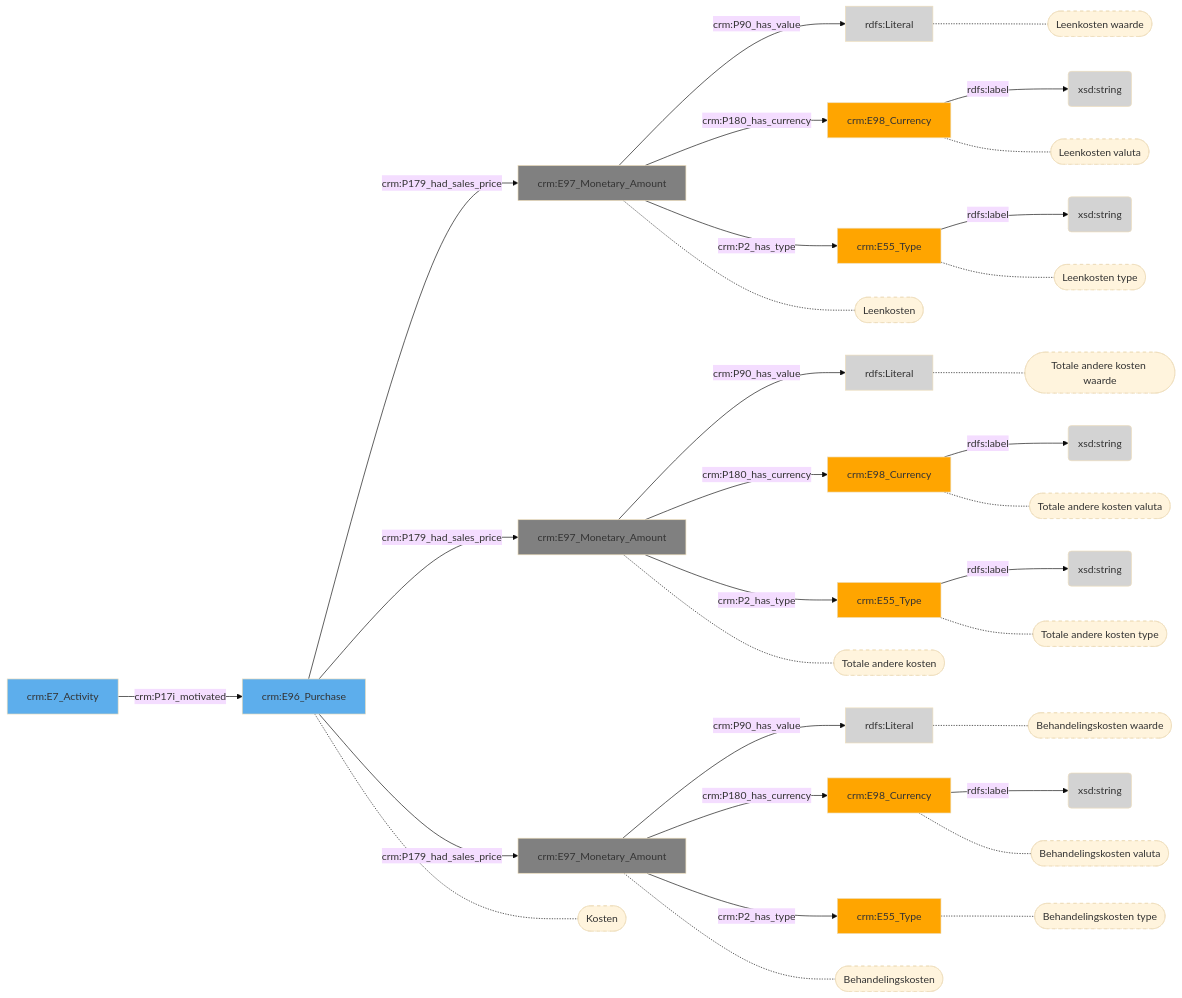
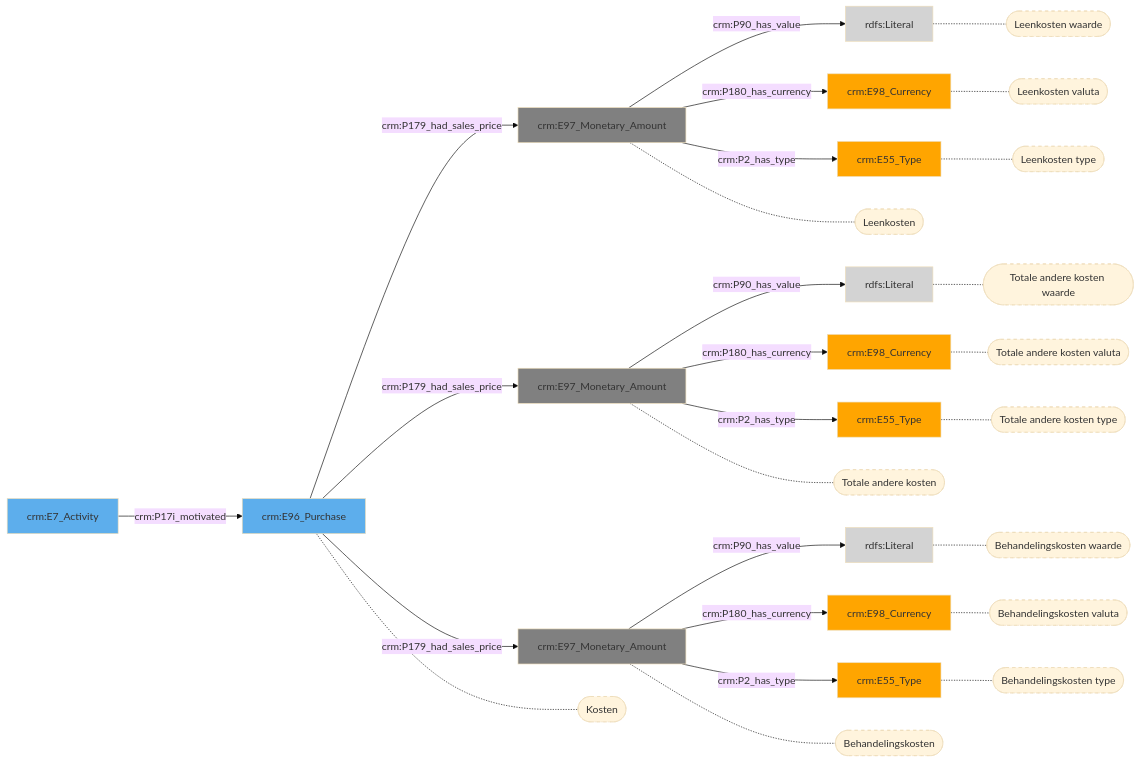
One commit to digipolisantwerpdocumentation/antwerp-cultureel-erfgoed changed the diagram in docs/content/modellen/LoanIn/Kosten.md. Above: the diagram before and after it, drawn with Mermaid (base theme). The commit also changed 170 other files, not shown here.

````diff
--- a/docs/content/modellen/LoanIn/Kosten.md
+++ b/docs/content/modellen/LoanIn/Kosten.md
@@ -1,66 +1,56 @@
 ```mermaid
 graph LR
+style 312ac111-d7b7-11ee-8008-960002548b4f fill:#808080
+style 356208ad-d7b8-11ee-ab26-960002548b4f fill:#808080
+style 53826280-d7b8-11ee-8261-960002548b4f fill:#D3D3D3
+style 6d43b669-d7b8-11ee-a743-960002548b4f fill:#ffa500
+style 6eac09f6-edcd-11ee-ada0-960002548b4f fill:#ffa500
+style 892e123a-edcd-11ee-83ca-960002548b4f fill:#ffa500
+style 9ad2b7d8-d7b7-11ee-aa5b-960002548b4f fill:#D3D3D3
+style a7565018-d7b7-11ee-bc9b-960002548b4f fill:#ffa500
+style aa29c24e-edcd-11ee-99e6-960002548b4f fill:#ffa500
+style c054c98e-cf26-11ee-bf82-960002548b4f fill:#5DAEEC
+style c585cc26-cc05-11ee-876f-960002548b4f fill:#5DAEEC
+style ca450f1b-d7b7-11ee-b164-960002548b4f fill:#808080
+style d7fce329-d7b7-11ee-a8c4-960002548b4f fill:#D3D3D3
+style e8dc46dd-d7b7-11ee-8ef9-960002548b4f fill:#ffa500
 312ac111-d7b7-11ee-8008-960002548b4f["crm:E97_Monetary_Amount"]-->|"crm:P90_has_value"|9ad2b7d8-d7b7-11ee-aa5b-960002548b4f(rdfs:Literal)
 356208ad-d7b8-11ee-ab26-960002548b4f["crm:E97_Monetary_Amount"]-->|"crm:P90_has_value"|53826280-d7b8-11ee-8261-960002548b4f(rdfs:Literal)
-6d43b669-d7b8-11ee-a743-960002548b4f["crm:E98_Currency"]-->|"rdfs:label"|7ca2f809-d7b8-11ee-b148-960002548b4f(xsd:string)
-6eac09f6-edcd-11ee-ada0-960002548b4f["crm:E55_Type"]-->|"rdfs:label"|7cd0bfe8-edcd-11ee-85d6-960002548b4f(xsd:string)
-892e123a-edcd-11ee-83ca-960002548b4f["crm:E55_Type"]-->|"rdfs:label"|9b25cc9c-edcd-11ee-864c-960002548b4f(xsd:string)
-a7565018-d7b7-11ee-bc9b-960002548b4f["crm:E98_Currency"]-->|"rdfs:label"|06854fdf-d7b8-11ee-a8db-960002548b4f(xsd:string)
 ca450f1b-d7b7-11ee-b164-960002548b4f["crm:E97_Monetary_Amount"]-->|"crm:P90_has_value"|d7fce329-d7b7-11ee-a8c4-960002548b4f(rdfs:Literal)
-e8dc46dd-d7b7-11ee-8ef9-960002548b4f["crm:E98_Currency"]-->|"rdfs:label"|f87ac63c-d7b7-11ee-a30a-960002548b4f(xsd:string)
 312ac111-d7b7-11ee-8008-960002548b4f["crm:E97_Monetary_Amount"]-->|"crm:P180_has_currency"|a7565018-d7b7-11ee-bc9b-960002548b4f["crm:E98_Currency"]
 312ac111-d7b7-11ee-8008-960002548b4f["crm:E97_Monetary_Amount"]-->|"crm:P2_has_type"|6eac09f6-edcd-11ee-ada0-960002548b4f["crm:E55_Type"]
 356208ad-d7b8-11ee-ab26-960002548b4f["crm:E97_Monetary_Amount"]-->|"crm:P180_has_currency"|6d43b669-d7b8-11ee-a743-960002548b4f["crm:E98_Currency"]
 356208ad-d7b8-11ee-ab26-960002548b4f["crm:E97_Monetary_Amount"]-->|"crm:P2_has_type"|892e123a-edcd-11ee-83ca-960002548b4f["crm:E55_Type"]
 c054c98e-cf26-11ee-bf82-960002548b4f["crm:E96_Purchase"]-->|"crm:P179_had_sales_price"|312ac111-d7b7-11ee-8008-960002548b4f["crm:E97_Monetary_Amount"]
 c054c98e-cf26-11ee-bf82-960002548b4f["crm:E96_Purchase"]-->|"crm:P179_had_sales_price"|356208ad-d7b8-11ee-ab26-960002548b4f["crm:E97_Monetary_Amount"]
 c054c98e-cf26-11ee-bf82-960002548b4f["crm:E96_Purchase"]-->|"crm:P179_had_sales_price"|ca450f1b-d7b7-11ee-b164-960002548b4f["crm:E97_Monetary_Amount"]
 c585cc26-cc05-11ee-876f-960002548b4f["crm:E7_Activity"]-->|"crm:P17i_motivated"|c054c98e-cf26-11ee-bf82-960002548b4f["crm:E96_Purchase"]
 ca450f1b-d7b7-11ee-b164-960002548b4f["crm:E97_Monetary_Amount"]-->|"crm:P180_has_currency"|e8dc46dd-d7b7-11ee-8ef9-960002548b4f["crm:E98_Currency"]
 ca450f1b-d7b7-11ee-b164-960002548b4f["crm:E97_Monetary_Amount"]-->|"crm:P2_has_type"|aa29c24e-edcd-11ee-99e6-960002548b4f["crm:E55_Type"]
+style a7565018-d7b7-11ee-bc9b-960002548b4f_s stroke-dasharray: 5
+style 6eac09f6-edcd-11ee-ada0-960002548b4f_s stroke-dasharray: 5
+style 9ad2b7d8-d7b7-11ee-aa5b-960002548b4f_s stroke-dasharray: 5
+style 6d43b669-d7b8-11ee-a743-960002548b4f_s stroke-dasharray: 5
+style 892e123a-edcd-11ee-83ca-960002548b4f_s stroke-dasharray: 5
+style 53826280-d7b8-11ee-8261-960002548b4f_s stroke-dasharray: 5
+style 312ac111-d7b7-11ee-8008-960002548b4f_s stroke-dasharray: 5
+style 356208ad-d7b8-11ee-ab26-960002548b4f_s stroke-dasharray: 5
+style ca450f1b-d7b7-11ee-b164-960002548b4f_s stroke-dasharray: 5
+style c054c98e-cf26-11ee-bf82-960002548b4f_s stroke-dasharray: 5
+style e8dc46dd-d7b7-11ee-8ef9-960002548b4f_s stroke-dasharray: 5
+style aa29c24e-edcd-11ee-99e6-960002548b4f_s stroke-dasharray: 5
+style d7fce329-d7b7-11ee-a8c4-960002548b4f_s stroke-dasharray: 5
 a7565018-d7b7-11ee-bc9b-960002548b4f["crm:E98_Currency"]-.-a7565018-d7b7-11ee-bc9b-960002548b4f_s(["Leenkosten valuta"])
 6eac09f6-edcd-11ee-ada0-960002548b4f["crm:E55_Type"]-.-6eac09f6-edcd-11ee-ada0-960002548b4f_s(["Leenkosten type"])
 9ad2b7d8-d7b7-11ee-aa5b-960002548b4f["rdfs:Literal"]-.-9ad2b7d8-d7b7-11ee-aa5b-960002548b4f_s(["Leenkosten waarde"])
 6d43b669-d7b8-11ee-a743-960002548b4f["crm:E98_Currency"]-.-6d43b669-d7b8-11ee-a743-960002548b4f_s(["Totale andere kosten valuta"])
 892e123a-edcd-11ee-83ca-960002548b4f["crm:E55_Type"]-.-892e123a-edcd-11ee-83ca-960002548b4f_s(["Totale andere kosten type"])
 53826280-d7b8-11ee-8261-960002548b4f["rdfs:Literal"]-.-53826280-d7b8-11ee-8261-960002548b4f_s(["Totale andere kosten waarde"])
 312ac111-d7b7-11ee-8008-960002548b4f["crm:E97_Monetary_Amount"]-.-312ac111-d7b7-11ee-8008-960002548b4f_s(["Leenkosten"])
 356208ad-d7b8-11ee-ab26-960002548b4f["crm:E97_Monetary_Amount"]-.-356208ad-d7b8-11ee-ab26-960002548b4f_s(["Totale andere kosten"])
 ca450f1b-d7b7-11ee-b164-960002548b4f["crm:E97_Monetary_Amount"]-.-ca450f1b-d7b7-11ee-b164-960002548b4f_s(["Behandelingskosten"])
 c054c98e-cf26-11ee-bf82-960002548b4f["crm:E96_Purchase"]-.-c054c98e-cf26-11ee-bf82-960002548b4f_s(["Kosten"])
 e8dc46dd-d7b7-11ee-8ef9-960002548b4f["crm:E98_Currency"]-.-e8dc46dd-d7b7-11ee-8ef9-960002548b4f_s(["Behandelingskosten valuta"])
 aa29c24e-edcd-11ee-99e6-960002548b4f["crm:E55_Type"]-.-aa29c24e-edcd-11ee-99e6-960002548b4f_s(["Behandelingskosten type"])
 d7fce329-d7b7-11ee-a8c4-960002548b4f["rdfs:Literal"]-.-d7fce329-d7b7-11ee-a8c4-960002548b4f_s(["Behandelingskosten waarde"])
-style a7565018-d7b7-11ee-bc9b-960002548b4f_s stroke-dasharray: 5
-style 6eac09f6-edcd-11ee-ada0-960002548b4f_s stroke-dasharray: 5
-style 9ad2b7d8-d7b7-11ee-aa5b-960002548b4f_s stroke-dasharray: 5
-style 6d43b669-d7b8-11ee-a743-960002548b4f_s stroke-dasharray: 5
-style 892e123a-edcd-11ee-83ca-960002548b4f_s stroke-dasharray: 5
-style 53826280-d7b8-11ee-8261-960002548b4f_s stroke-dasharray: 5
-style 312ac111-d7b7-11ee-8008-960002548b4f_s stroke-dasharray: 5
-style 356208ad-d7b8-11ee-ab26-960002548b4f_s stroke-dasharray: 5
-style ca450f1b-d7b7-11ee-b164-960002548b4f_s stroke-dasharray: 5
-style c054c98e-cf26-11ee-bf82-960002548b4f_s stroke-dasharray: 5
-style e8dc46dd-d7b7-11ee-8ef9-960002548b4f_s stroke-dasharray: 5
-style aa29c24e-edcd-11ee-99e6-960002548b4f_s stroke-dasharray: 5
-style d7fce329-d7b7-11ee-a8c4-960002548b4f_s stroke-dasharray: 5
-style 06854fdf-d7b8-11ee-a8db-960002548b4f fill:#D3D3D3
-style 312ac111-d7b7-11ee-8008-960002548b4f fill:#808080
-style 356208ad-d7b8-11ee-ab26-960002548b4f fill:#808080
-style 53826280-d7b8-11ee-8261-960002548b4f fill:#D3D3D3
-style 6d43b669-d7b8-11ee-a743-960002548b4f fill:#ffa500
-style 6eac09f6-edcd-11ee-ada0-960002548b4f fill:#ffa500
-style 7ca2f809-d7b8-11ee-b148-960002548b4f fill:#D3D3D3
-style 7cd0bfe8-edcd-11ee-85d6-960002548b4f fill:#D3D3D3
-style 892e123a-edcd-11ee-83ca-960002548b4f fill:#ffa500
-style 9ad2b7d8-d7b7-11ee-aa5b-960002548b4f fill:#D3D3D3
-style 9b25cc9c-edcd-11ee-864c-960002548b4f fill:#D3D3D3
-style a7565018-d7b7-11ee-bc9b-960002548b4f fill:#ffa500
-style aa29c24e-edcd-11ee-99e6-960002548b4f fill:#ffa500
-style c054c98e-cf26-11ee-bf82-960002548b4f fill:#5DAEEC
-style c585cc26-cc05-11ee-876f-960002548b4f fill:#5DAEEC
-style ca450f1b-d7b7-11ee-b164-960002548b4f fill:#808080
-style d7fce329-d7b7-11ee-a8c4-960002548b4f fill:#D3D3D3
-style e8dc46dd-d7b7-11ee-8ef9-960002548b4f fill:#ffa500
-style f87ac63c-d7b7-11ee-a30a-960002548b4f fill:#D3D3D3
 ```
````
